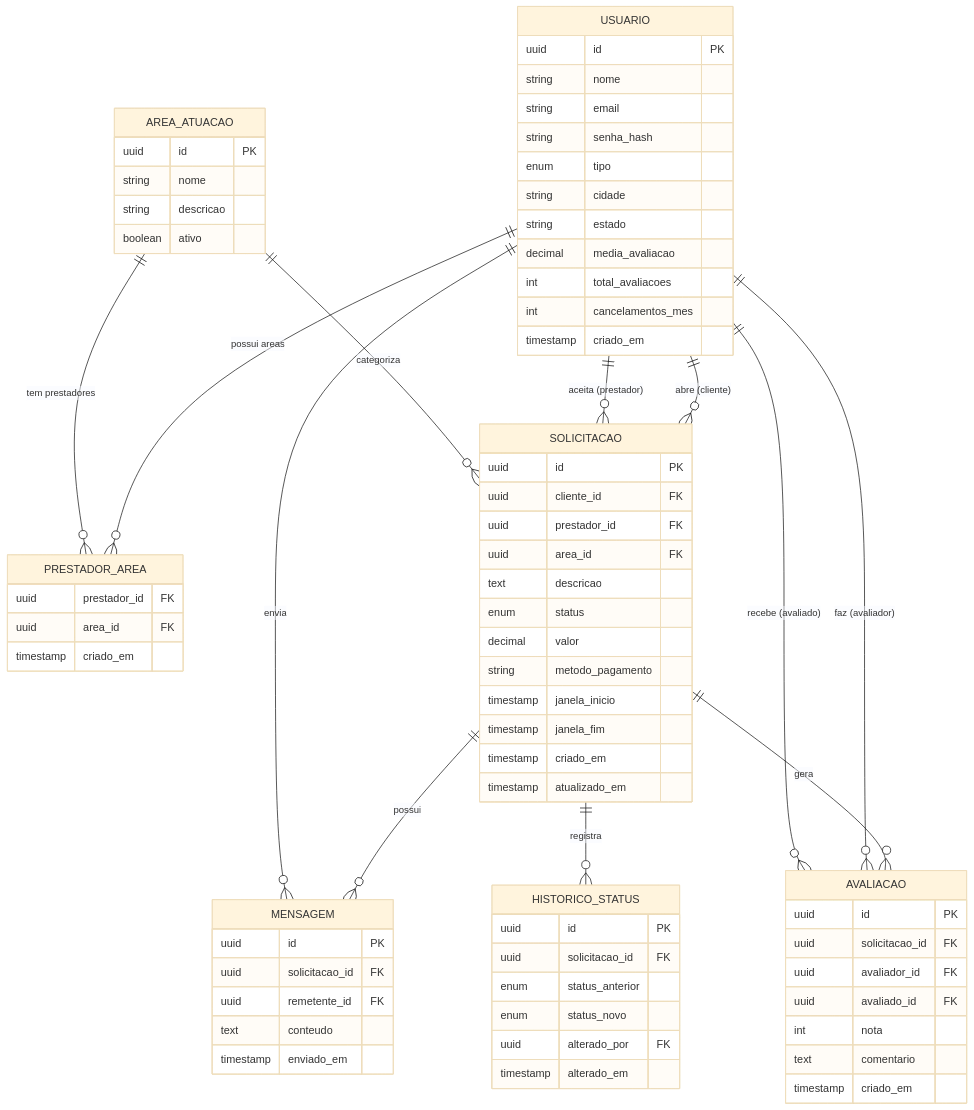
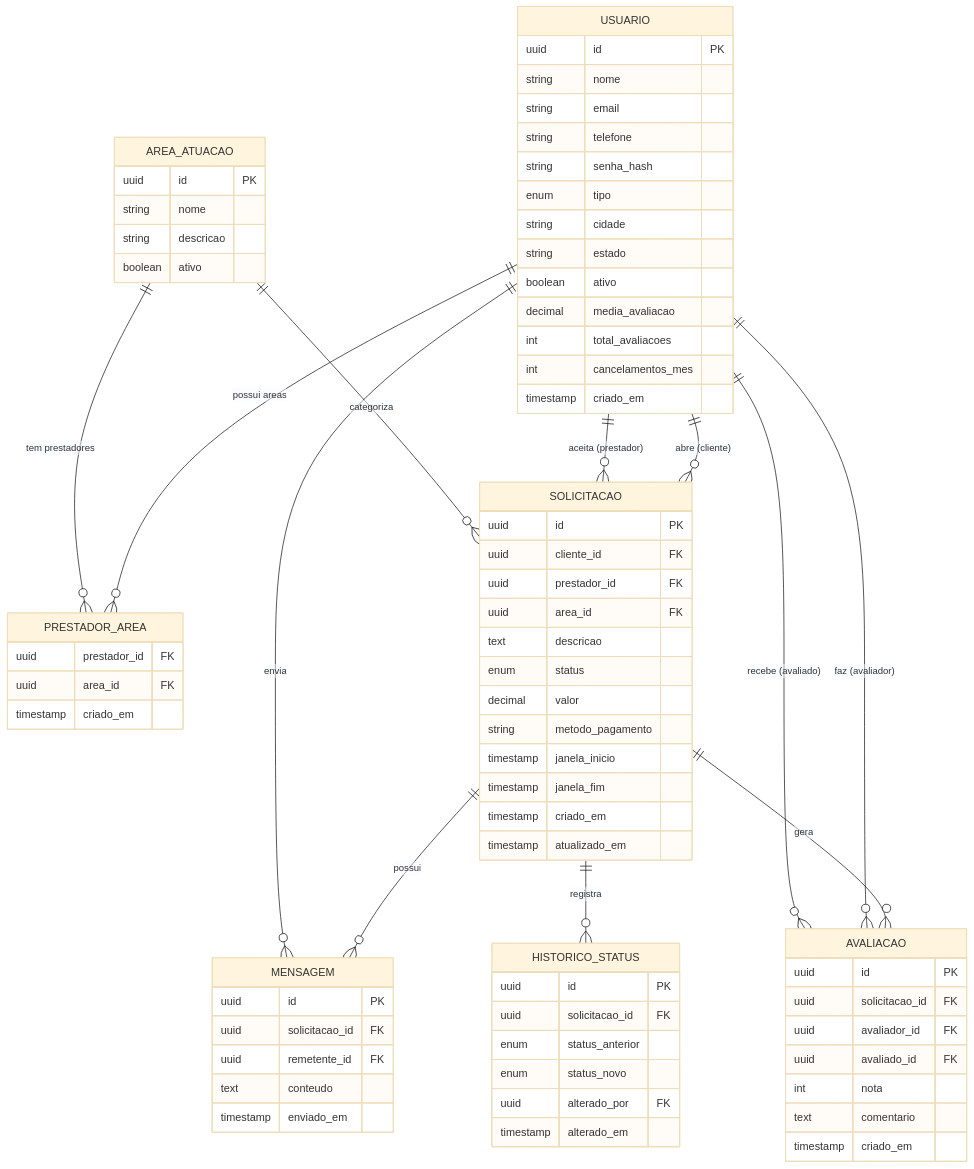
One commit to Luisf66/Service_Solve changed the diagram in README.md. Above: the diagram before and after it, drawn with Mermaid (base theme). The commit also changed other lines of this file, not shown here.

```diff
--- a/README.md
+++ b/README.md
@@ -134,10 +134,12 @@
     uuid id PK
     string nome
     string email
+    string telefone
     string senha_hash
     enum tipo
     string cidade
     string estado
+    boolean ativo
     decimal media_avaliacao
     int total_avaliacoes
     int cancelamentos_mes
```
